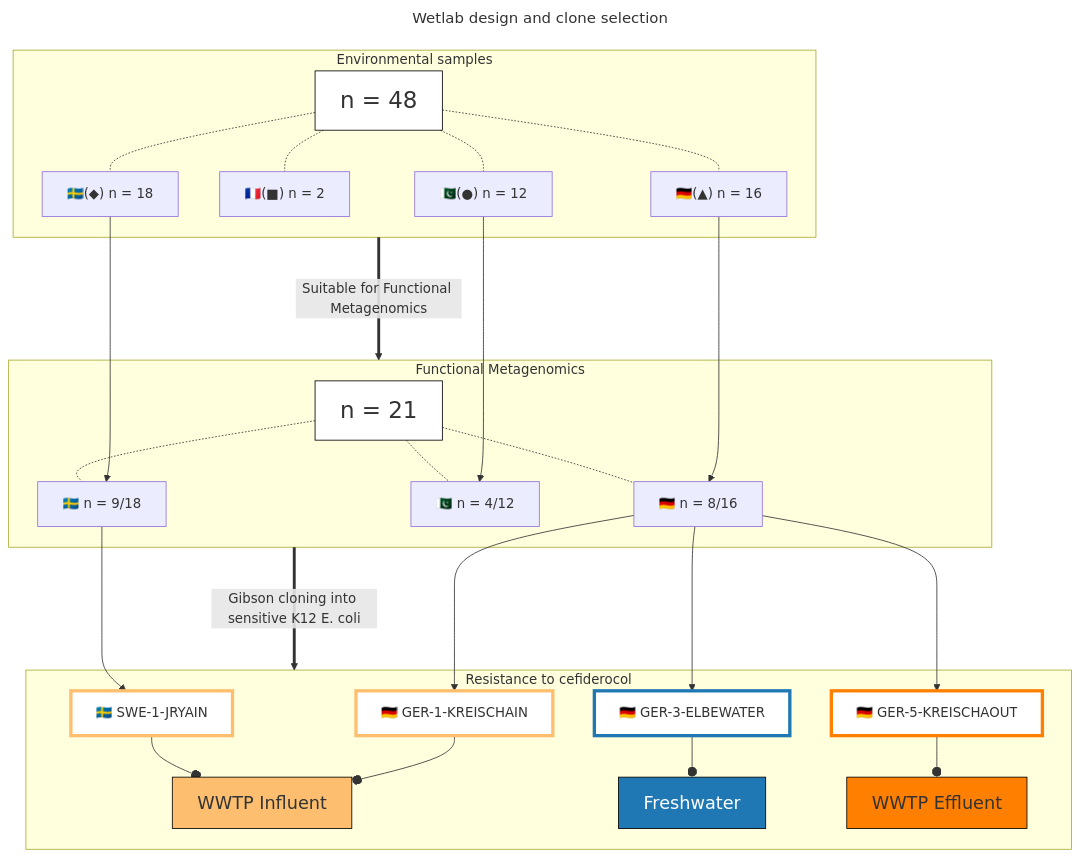
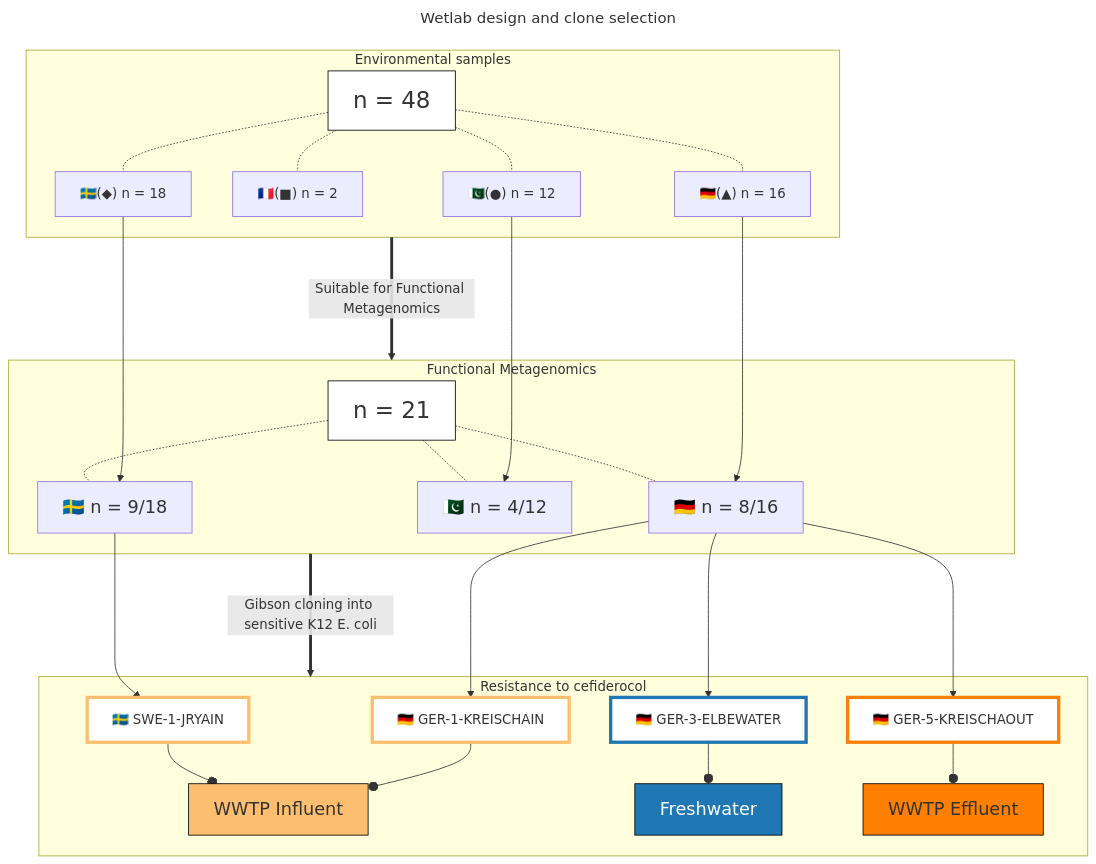
One commit to RemiGSC/Mgf_FDC changed the first of 2 diagrams in README.md. Above: the diagram before and after it, drawn with Mermaid.

````diff
--- a/README.md
+++ b/README.md
@@ -9,53 +9,58 @@
 ```mermaid
 ---
 title: Wetlab design and clone selection
 ---
 flowchart TD
 	subgraph ev [Environmental samples]
 		A[n = 48] -.- A1["🇸🇪(◆) n = 18"]
 		A -.- A2["🇫🇷(■) n = 2"]
 		A -.- A3["🇩🇪(▲) n = 16"]
 		A -.- A4["🇵🇰(●) n = 12"]
 	end
 
 	subgraph fmg [Functional Metagenomics]
 		B[n = 21] -.- B1[🇸🇪 n = 9/18]
 		B -.- B3[🇩🇪 n = 8/16]
 		B -.- B4[🇵🇰 n = 4/12]
 	end
 
 	subgraph Rcef [Resistance to cefiderocol]
 			C1[🇸🇪 SWE-1-JRYAIN] --o WWIN[WWTP Influent]
 			C3a[🇩🇪 GER-1-KREISCHAIN] --o WWIN[WWTP Influent]
 			C3b[🇩🇪 GER-3-ELBEWATER] --o Fresh[Freshwater]
 			C3c[🇩🇪 GER-5-KREISCHAOUT] --o WWEF[WWTP Effluent]
 	end
 
 
 ev ==>|Suitable for Functional Metagenomics| fmg
 
 fmg ==>|Gibson cloning into sensitive K12 E. coli| Rcef
 
 A1 ----> B1
 A3 ----> B3
 A4 ----> B4
 
 B1 ---> C1
 B3 ---> C3a
 B3 ---> C3b
 B3 ---> C3c
 
 style A stroke:#000,fill:#fff,font-size:120%
 style B stroke:#000,fill:#fff,font-size:120%
 
+style B1 font-size:110%
+style B3 font-size:110%
+style B4 font-size:110%
+
+
 style C1 stroke:#fdbf6f,fill:#fff,stroke-width:4px
 style C3a stroke:#fdbf6f,fill:#fff,stroke-width:4px
 style C3b stroke:#1f78b4,fill:#fff,stroke-width:4px
 style C3c stroke:#ff7f00,fill:#fff,stroke-width:4px
 
 style WWIN stroke:#000,fill:#fdbf6f,font-size:110%
 style Fresh stroke:#000,fill:#1f78b4,color:#fff,font-size:110%
 style WWEF stroke:#000,fill:#ff7f00,font-size:110%
 
 
 ```
````
